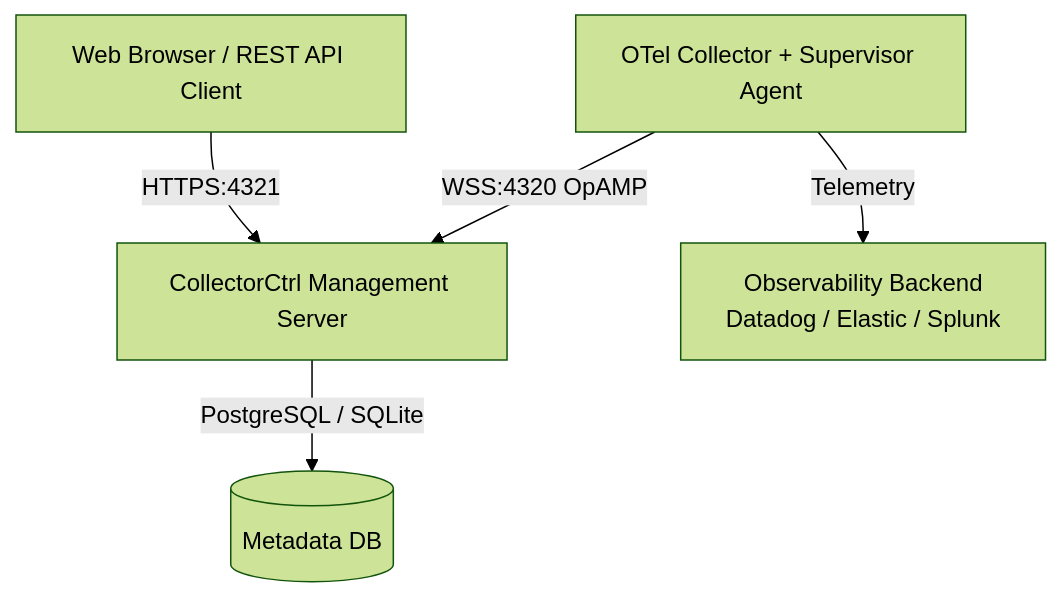
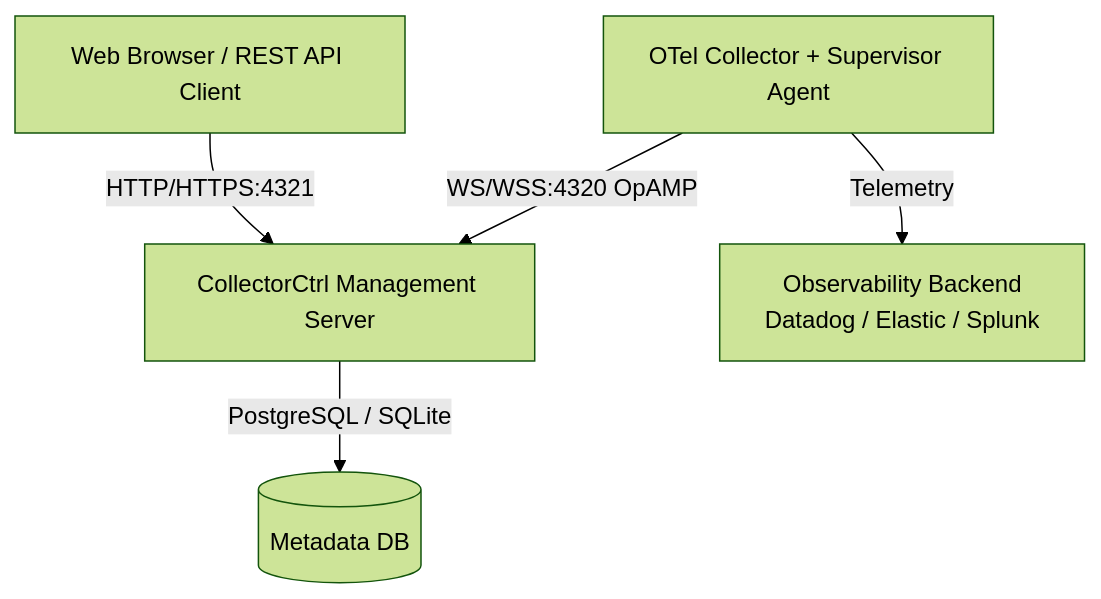
Before and after one commit to CollectorCtrl/CollectorCtrl: the diagram in README.md, drawn with Mermaid (forest theme). The commit also changed other lines of this file and 12 other files, not shown here.

````diff
--- a/README.md
+++ b/README.md
@@ -21,7 +34,7 @@
 ```mermaid
 graph TD
-    A[OTel Collector + Supervisor Agent] -- WSS:4320 OpAMP --> B[CollectorCtrl Management Server]
-    C[Web Browser / REST API Client] -- HTTPS:4321 --> B
+    A[OTel Collector + Supervisor Agent] -- WS/WSS:4320 OpAMP --> B[CollectorCtrl Management Server]
+    C[Web Browser / REST API Client] -- HTTP/HTTPS:4321 --> B
     B -- PostgreSQL / SQLite --> E[(Metadata DB)]
     A -- Telemetry --> F[Observability Backend<br/>Datadog / Elastic / Splunk]
 ```
````
